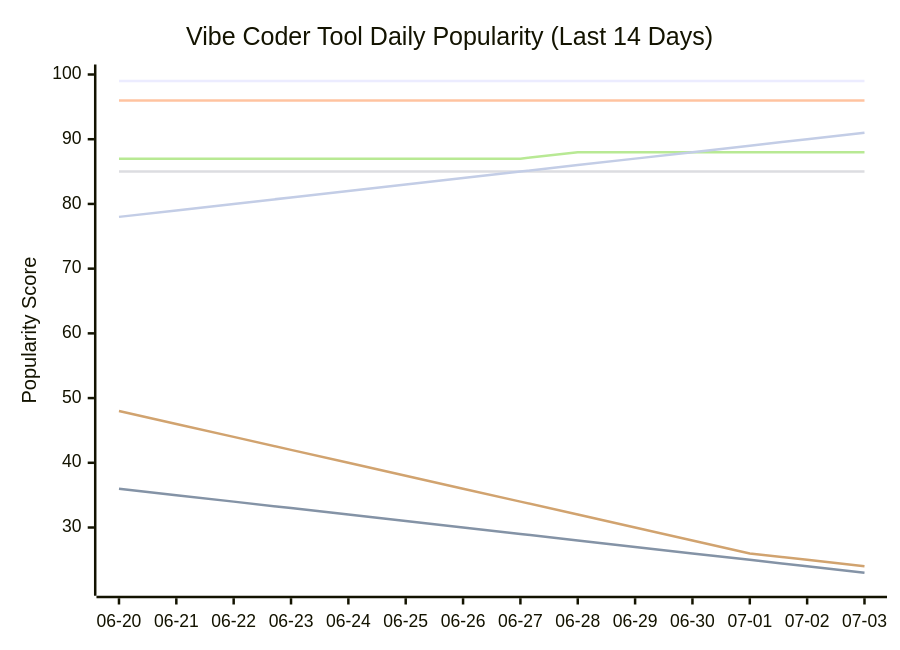
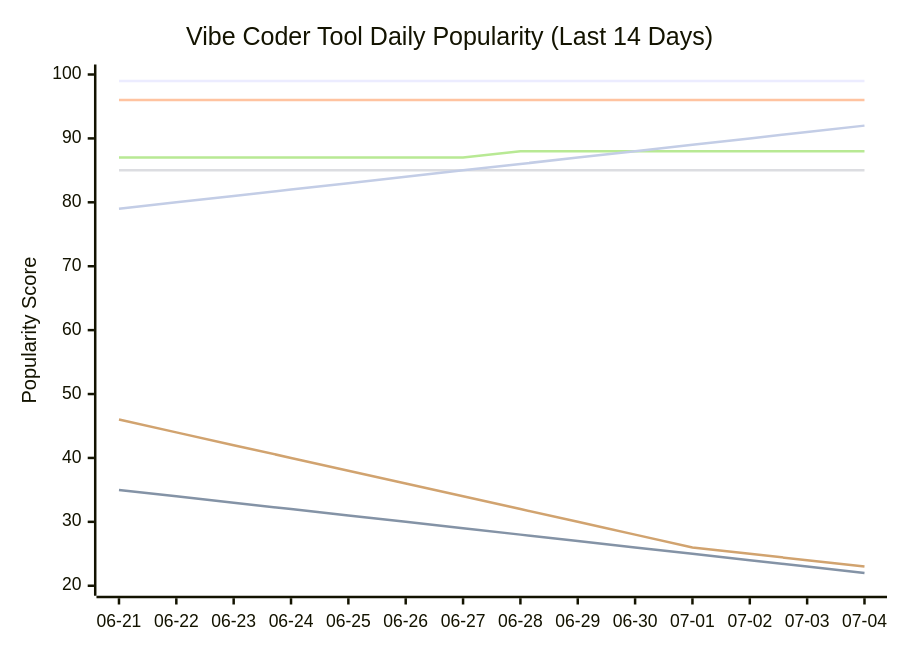
The seventh of 11 diagrams in README.md (tykimos/ai-whatchelin), drawn with Mermaid before and after one commit. The commit also changed other lines of this file and 4 other files, not shown here.

````diff
--- a/README.md
+++ b/README.md
@@ -1827,13 +1833,13 @@
 ```mermaid
 xychart-beta
     title "Vibe Coder Tool Daily Popularity (Last 14 Days)"
-    x-axis ["06-20", "06-21", "06-22", "06-23", "06-24", "06-25", "06-26", "06-27", "06-28", "06-29", "06-30", "07-01", "07-02", "07-03"]
-    y-axis "Popularity Score" 21 --> 100
+    x-axis ["06-21", "06-22", "06-23", "06-24", "06-25", "06-26", "06-27", "06-28", "06-29", "06-30", "07-01", "07-02", "07-03", "07-04"]
+    y-axis "Popularity Score" 20 --> 100
     line "Claude Code" [99, 99, 99, 99, 99, 99, 99, 99, 99, 99, 99, 99, 99, 99]
-    line "GH Copilot" [36, 35, 34, 33, 32, 31, 30, 29, 28, 27, 26, 25, 24, 23]
+    line "GH Copilot" [35, 34, 33, 32, 31, 30, 29, 28, 27, 26, 25, 24, 23, 22]
     line "Cursor" [96, 96, 96, 96, 96, 96, 96, 96, 96, 96, 96, 96, 96, 96]
     line "Windsurf" [85, 85, 85, 85, 85, 85, 85, 85, 85, 85, 85, 85, 85, 85]
-    line "Codex CLI" [87, 87, 87, 87, 87, 87, 87, 87, 88, 88, 88, 88, 88, 88]
-    line "Gemini CLI" [48, 46, 44, 42, 40, 38, 36, 34, 32, 30, 28, 26, 25, 24]
-    line "Antigravity" [78, 79, 80, 81, 82, 83, 84, 85, 86, 87, 88, 89, 90, 91]
+    line "Codex CLI" [87, 87, 87, 87, 87, 87, 87, 88, 88, 88, 88, 88, 88, 88]
+    line "Gemini CLI" [46, 44, 42, 40, 38, 36, 34, 32, 30, 28, 26, 25, 24, 23]
+    line "Antigravity" [79, 80, 81, 82, 83, 84, 85, 86, 87, 88, 89, 90, 91, 92]
 ```
````
